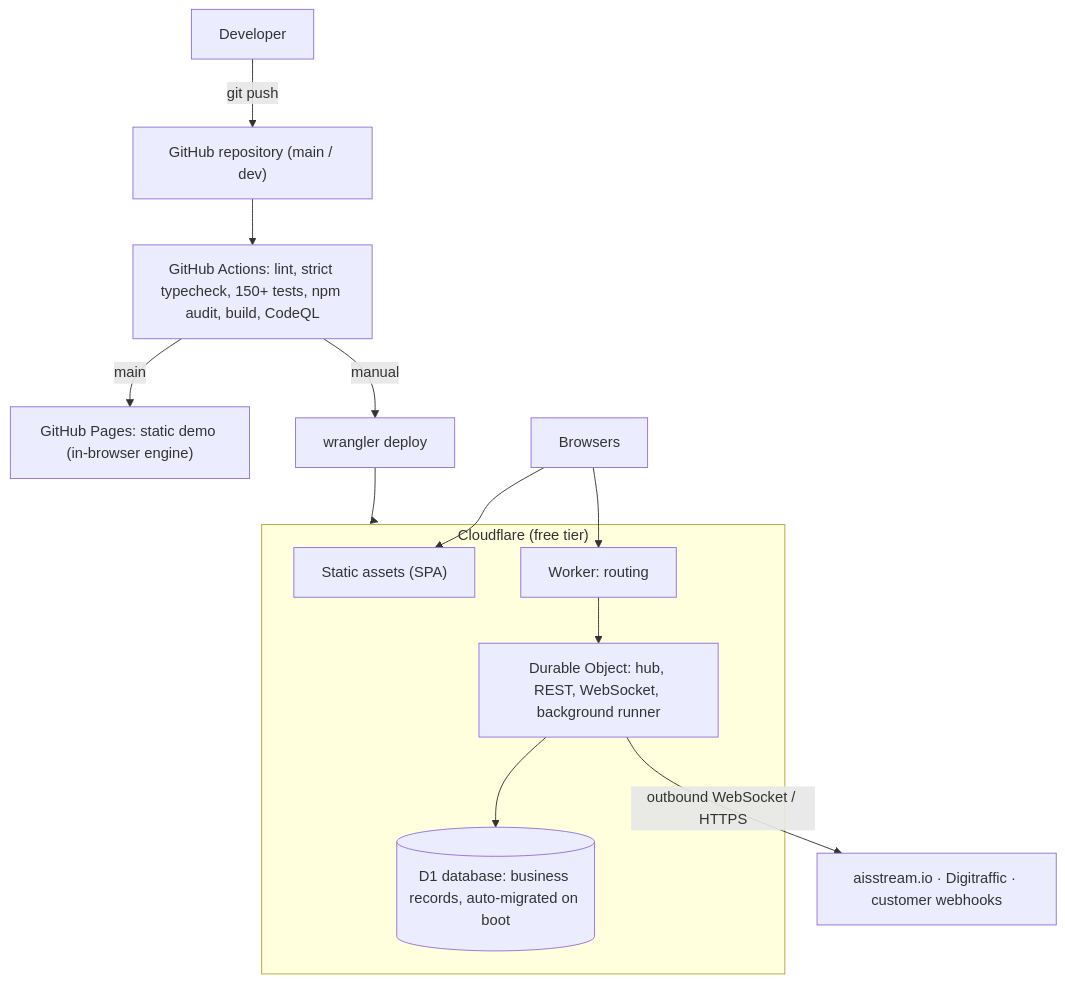
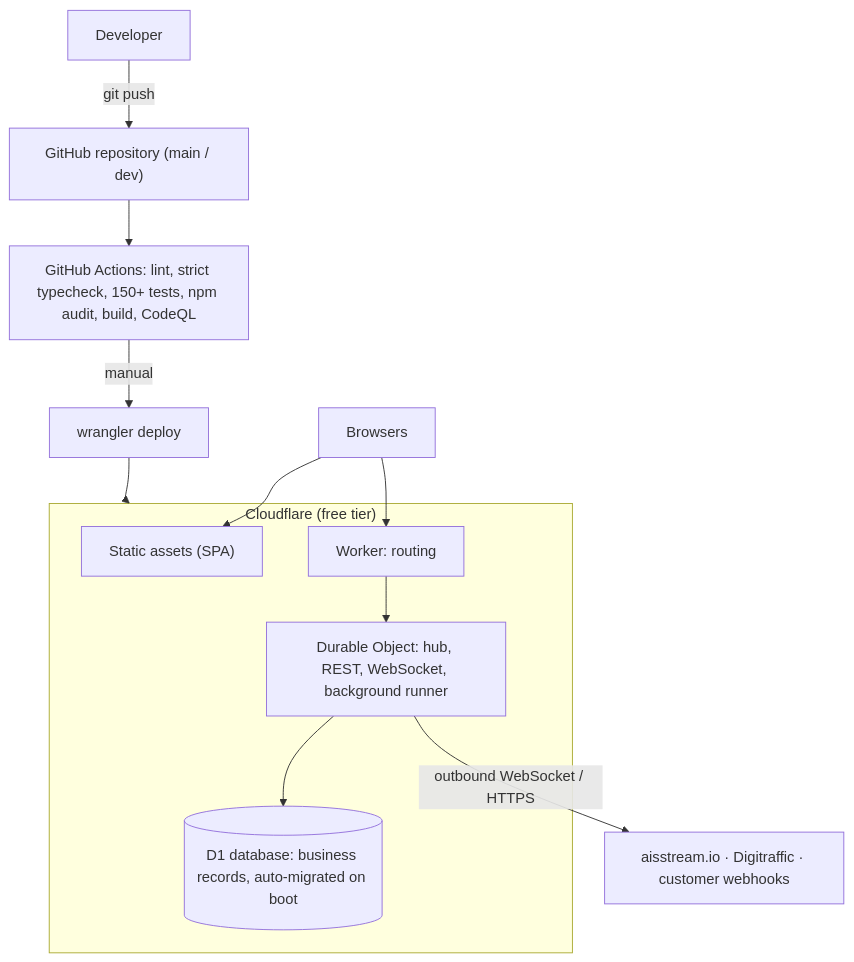
Before and after one commit to raksh3011/MSA: the fourth of 4 diagrams in docs/ARCHITECTURE.md, drawn with Mermaid. The commit also changed 16 other files, not shown here.

Commit message:
Remove browser-only demo mode; app is live-server only

````diff
--- a/docs/ARCHITECTURE.md
+++ b/docs/ARCHITECTURE.md
@@ -91,18 +91,17 @@
 ```mermaid
 flowchart TB
   DEV["Developer"] -->|git push| GH["GitHub repository (main / dev)"]
   GH --> CI["GitHub Actions: lint, strict typecheck, 150+ tests, npm audit, build, CodeQL"]
-  CI -->|main| PAGES["GitHub Pages: static demo (in-browser engine)"]
   CI -->|manual| DEPLOY["wrangler deploy"]
   subgraph CF["Cloudflare (free tier)"]
     ASSETS["Static assets (SPA)"]
     W["Worker: routing"]
     DO["Durable Object: hub, REST, WebSocket, background runner"]
     D1[("D1 database: business records, auto-migrated on boot")]
   end
   DEPLOY --> CF
   W --> DO --> D1
   DO -->|outbound WebSocket / HTTPS| EXT["aisstream.io · Digitraffic · customer webhooks"]
   USER["Browsers"] --> ASSETS
   USER --> W
 ```
````
